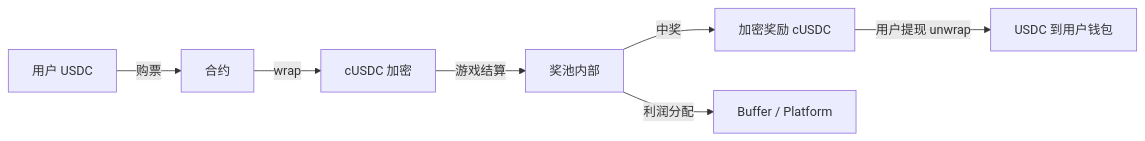
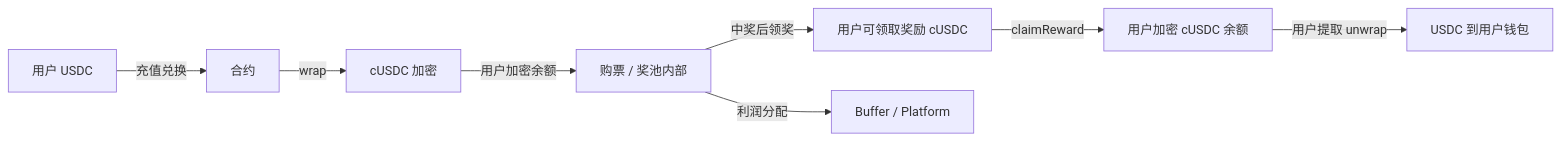
Before and after one commit to BreakOrbit/LuckyScratch: the third of 7 diagrams in doc/detailed-design.md, drawn with Mermaid. The commit also changed other lines of this file and 1 other file, not shown here.

````diff
--- a/doc/detailed-design.md
+++ b/doc/detailed-design.md
@@ -607,9 +636,10 @@
 ```mermaid
 graph LR
-    A[用户 USDC] -->|购票| B[合约]
+    A[用户 USDC] -->|充值兑换| B[合约]
     B -->|wrap| C[cUSDC 加密]
-    C -->|游戏结算| D[奖池内部]
-    D -->|中奖| E[加密奖励 cUSDC]
-    E -->|用户提现 unwrap| F[USDC 到用户钱包]
-    D -->|利润分配| G[Buffer / Platform]
+    C -->|用户加密余额| D[购票 / 奖池内部]
+    D -->|中奖后领奖| E[用户可领取奖励 cUSDC]
+    E -->|claimReward| F[用户加密 cUSDC 余额]
+    F -->|用户提取 unwrap| G[USDC 到用户钱包]
+    D -->|利润分配| H[Buffer / Platform]
 ```
````
